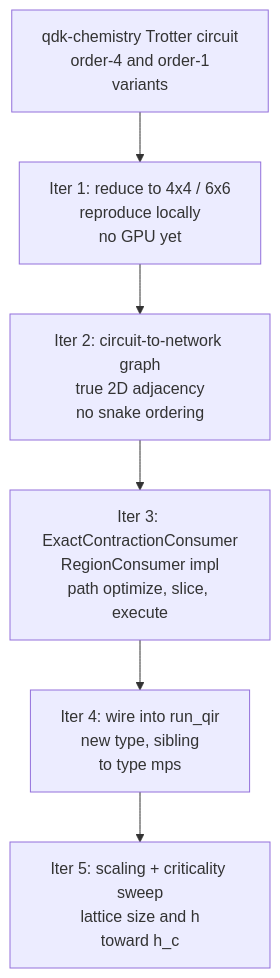
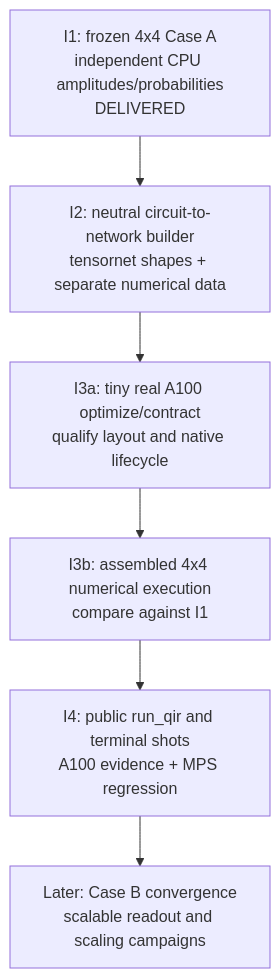
Before and after one commit to microsoft/qdk: the second of 2 diagrams in samples/python_interop/ising2d_tensor_network_demo/Ising2D.md, drawn with Mermaid. The commit also changed other lines of this file and 14 other files, not shown here.

First line of the commit message:
[SIMULATORS] Freeze 4x4 Ising input and independent CPU state reference

````diff
--- a/samples/python_interop/ising2d_tensor_network_demo/Ising2D.md
+++ b/samples/python_interop/ising2d_tensor_network_demo/Ising2D.md
@@ -181,9 +303,9 @@
 ```mermaid
 flowchart TB
-    Notebook["qdk-chemistry Trotter circuit<br/>order-4 and order-1<br/>variants"] --> Reduce
-    Reduce["Iter 1: reduce to 4x4 / 6x6<br/>reproduce locally<br/>no GPU yet"] --> Graph
-    Graph["Iter 2: circuit-to-network graph<br/>true 2D adjacency<br/>no snake ordering"] --> Contract
-    Contract["Iter 3: ExactContractionConsumer<br/>RegionConsumer impl<br/>path optimize, slice, execute"] --> Wire
-    Wire["Iter 4: wire into run_qir<br/>new type, sibling<br/>to type mps"] --> Sweep
-    Sweep["Iter 5: scaling + criticality sweep<br/>lattice size and h<br/>toward h_c"]
+    Input["I1: frozen 4x4 Case A<br/>independent CPU amplitudes/probabilities<br/>DELIVERED"] --> Graph
+    Graph["I2: neutral circuit-to-network builder<br/>tensornet shapes + separate numerical data"] --> Tiny
+    Tiny["I3a: tiny real A100 optimize/contract<br/>qualify layout and native lifecycle"] --> Full
+    Full["I3b: assembled 4x4 numerical execution<br/>compare against I1"] --> Wire
+    Wire["I4: public run_qir and terminal shots<br/>A100 evidence + MPS regression"] --> Later
+    Later["Later: Case B convergence<br/>scalable readout and scaling campaigns"]
 ```
````
